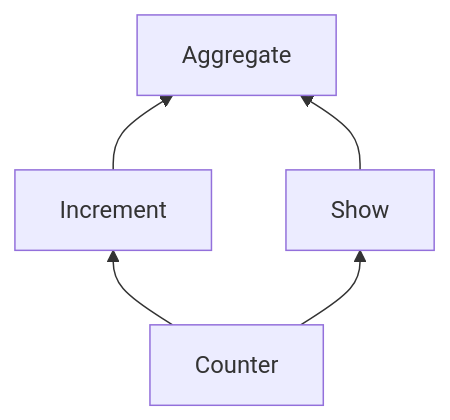
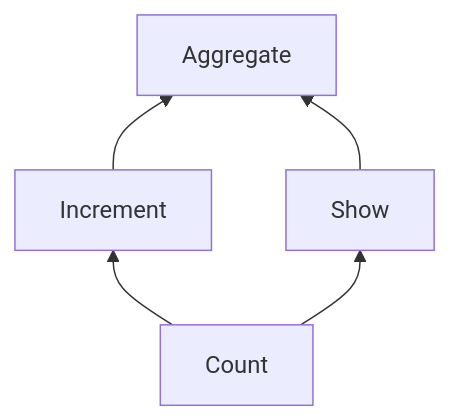
The diagram in README.md (DougAnderson444/compose-example), drawn with Mermaid before and after one commit. The commit also changed other lines of this file, not shown here.

Commit message:
more details

````diff
--- a/README.md
+++ b/README.md
@@ -7,7 +7,7 @@
 ```mermaid
 graph BT;
-    Counter-->Increment;
-    Counter-->Show;
+    Count-->Increment;
+    Count-->Show;
     Increment-->Aggregate;
     Show-->Aggregate;
 ```
````
